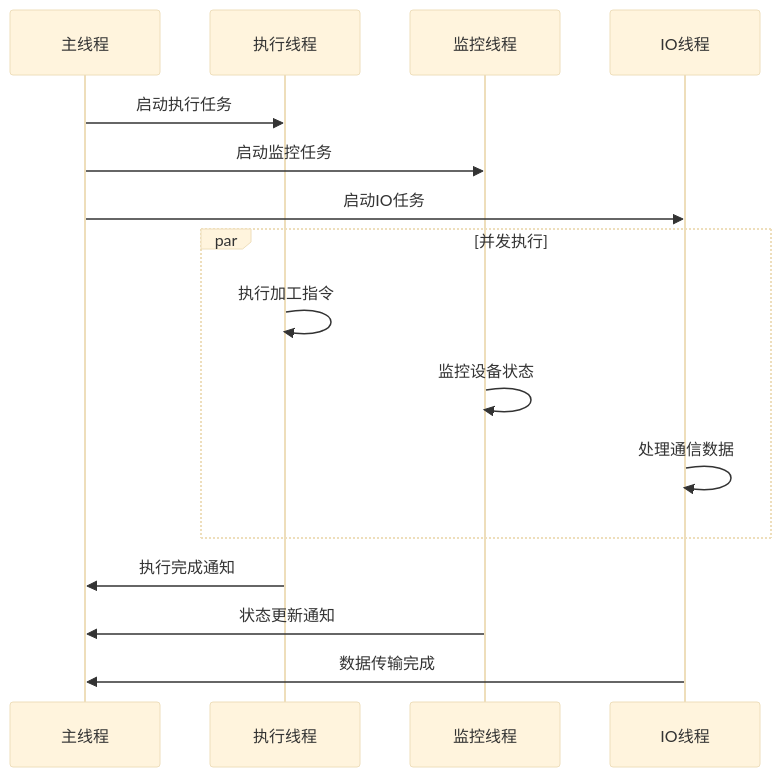
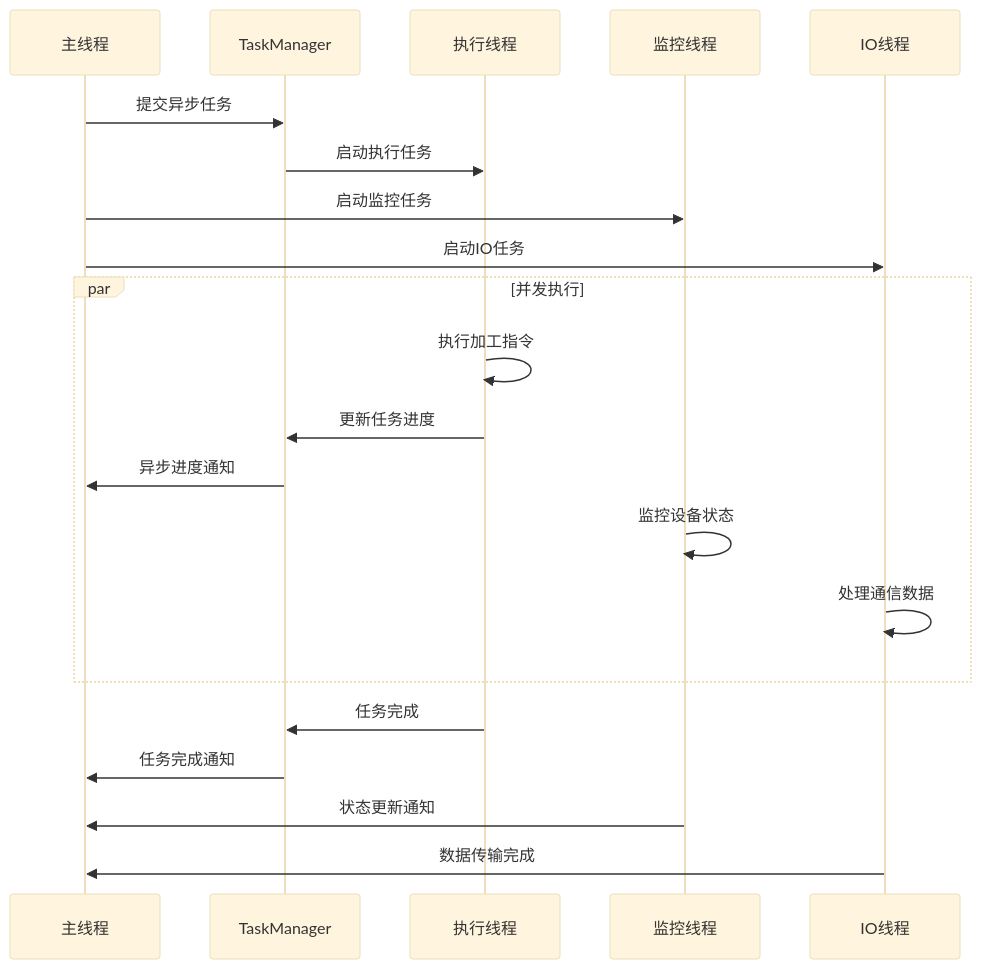
One commit to super1wang/LaserCNCv1.0 changed diagram 15 of 18 in .qoder/repowiki/zh/content/项目概述/模块设计/Process模块设计/Process模块服务管理架构改进.md. Above: the diagram before and after it, drawn with Mermaid (base theme). The commit also changed other lines of this file and 159 other files, not shown here.

````diff
--- a/.qoder/repowiki/zh/content/项目概述/模块设计/Process模块设计/Process模块服务管理架构改进.md
+++ b/.qoder/repowiki/zh/content/项目概述/模块设计/Process模块设计/Process模块服务管理架构改进.md
@@ -614,18 +837,23 @@
 ```mermaid
 sequenceDiagram
 participant Main as 主线程
+participant TaskMgr as TaskManager
 participant ExecThread as 执行线程
 participant MonitorThread as 监控线程
 participant IOThread as IO线程
-Main->>ExecThread : 启动执行任务
+Main->>TaskMgr : 提交异步任务
+TaskMgr->>ExecThread : 启动执行任务
 Main->>MonitorThread : 启动监控任务
 Main->>IOThread : 启动IO任务
 par 并发执行
 ExecThread->>ExecThread : 执行加工指令
+ExecThread->>TaskMgr : 更新任务进度
+TaskMgr->>Main : 异步进度通知
 MonitorThread->>MonitorThread : 监控设备状态
 IOThread->>IOThread : 处理通信数据
 end
-ExecThread->>Main : 执行完成通知
+ExecThread->>TaskMgr : 任务完成
+TaskMgr->>Main : 任务完成通知
 MonitorThread->>Main : 状态更新通知
 IOThread->>Main : 数据传输完成
 ```
````
